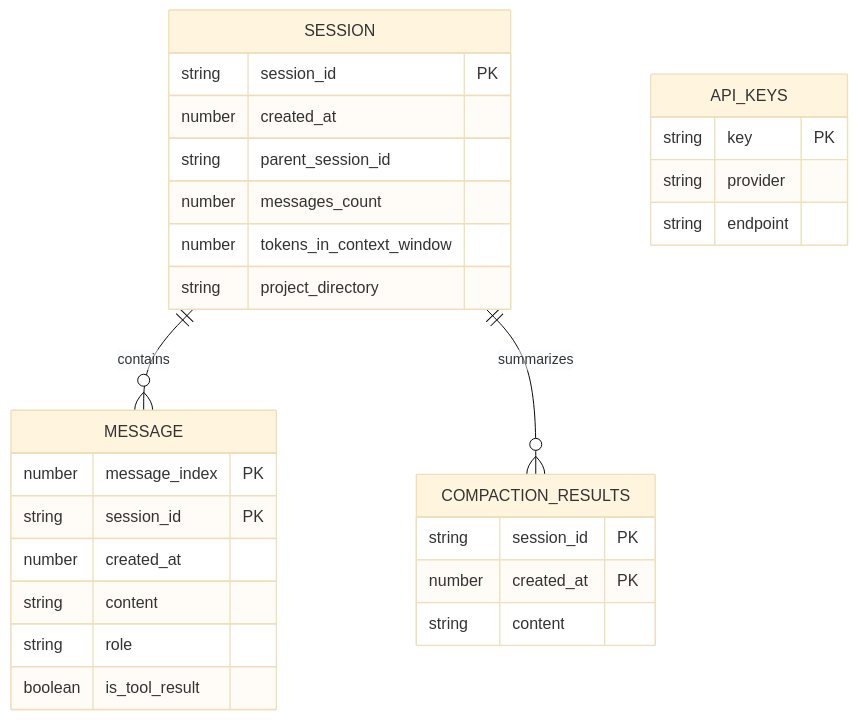
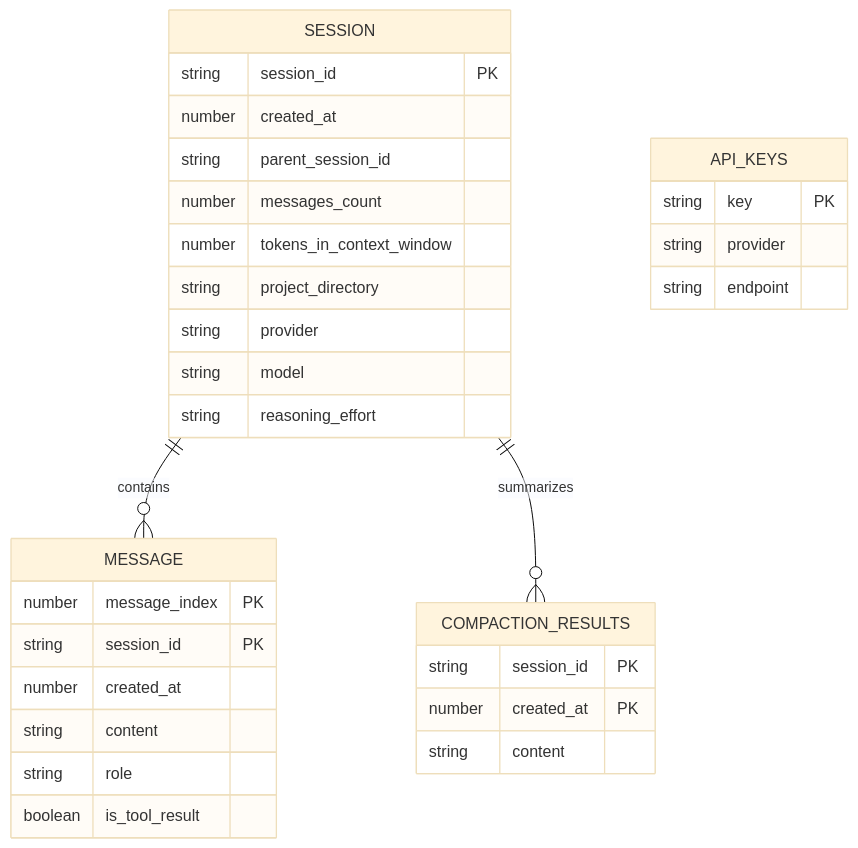
The fourth of 4 diagrams in README.md (ArmaanAmoli/BabyPanda), drawn with Mermaid (base theme) before and after one commit. The commit also changed other lines of this file and 8 other files, not shown here.

First line of the commit message:
feat: store and restore per-session model and reasoning effort

````diff
--- a/README.md
+++ b/README.md
@@ -302,31 +305,34 @@
 ```mermaid
 erDiagram
     SESSION ||--o{ MESSAGE : contains
     SESSION ||--o{ COMPACTION_RESULTS : summarizes
     API_KEYS {
         string key PK
         string provider
         string endpoint
     }
     SESSION {
         string session_id PK
         number created_at
         string parent_session_id
         number messages_count
         number tokens_in_context_window
         string project_directory
+        string provider
+        string model
+        string reasoning_effort
     }
     MESSAGE {
         number message_index PK
         string session_id PK
         number created_at
         string content
         string role
         boolean is_tool_result
     }
     COMPACTION_RESULTS {
         string session_id PK
         number created_at PK
         string content
     }
 ```
````
